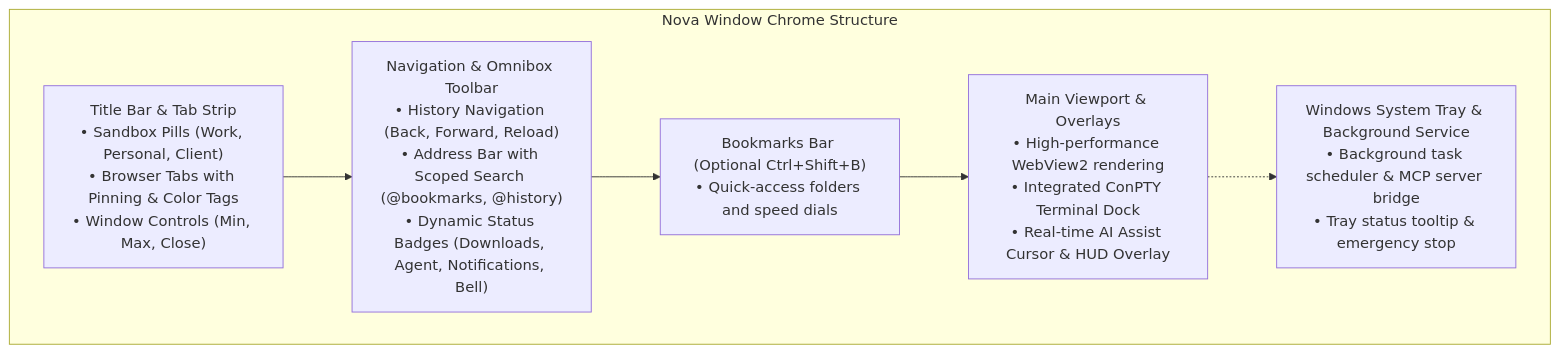
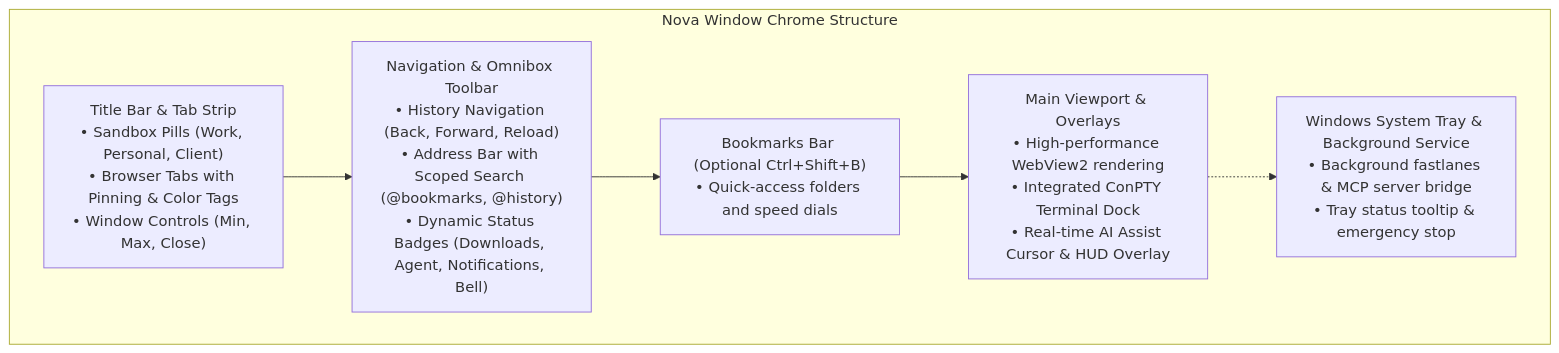
One commit to joelaniol/nova changed the diagram in docs/user-guide/browser/tabs-and-windows.md. Above: the diagram before and after it, drawn with Mermaid. The commit also changed 98 other files, not shown here.

````diff
--- a/docs/user-guide/browser/tabs-and-windows.md
+++ b/docs/user-guide/browser/tabs-and-windows.md
@@ -29,15 +29,15 @@
 ```mermaid
 flowchart TD
     subgraph Chrome ["Nova Window Chrome Structure"]
         TitleBar["Title Bar & Tab Strip<br/>• Sandbox Pills (Work, Personal, Client)<br/>• Browser Tabs with Pinning & Color Tags<br/>• Window Controls (Min, Max, Close)"]
         ToolBar["Navigation & Omnibox Toolbar<br/>• History Navigation (Back, Forward, Reload)<br/>• Address Bar with Scoped Search (@bookmarks, @history)<br/>• Dynamic Status Badges (Downloads, Agent, Notifications, Bell)"]
         BookmarkBar["Bookmarks Bar (Optional Ctrl+Shift+B)<br/>• Quick-access folders and speed dials"]
         Viewport["Main Viewport & Overlays<br/>• High-performance WebView2 rendering<br/>• Integrated ConPTY Terminal Dock<br/>• Real-time AI Assist Cursor & HUD Overlay"]
-        Tray["Windows System Tray & Background Service<br/>• Background task scheduler & MCP server bridge<br/>• Tray status tooltip & emergency stop"]
+        Tray["Windows System Tray & Background Service<br/>• Background fastlanes & MCP server bridge<br/>• Tray status tooltip & emergency stop"]
     end
 
     TitleBar --> ToolBar
     ToolBar --> BookmarkBar
     BookmarkBar --> Viewport
     Viewport -.-> Tray
 ```
````
